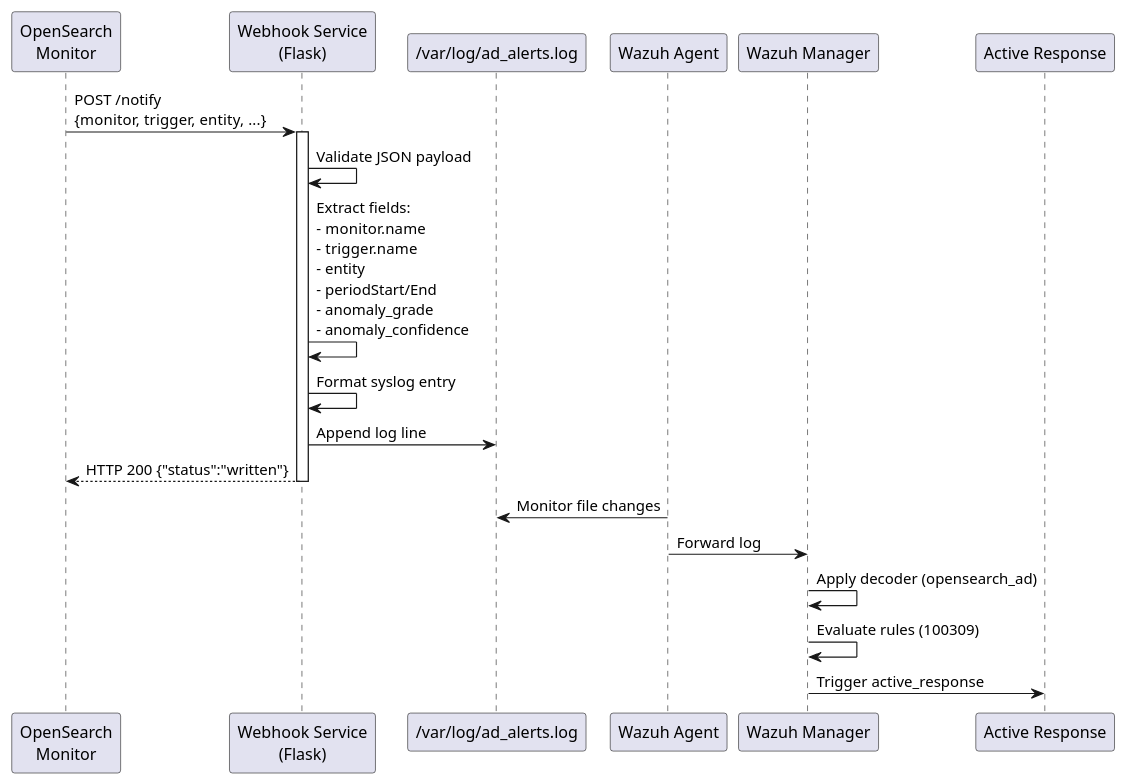
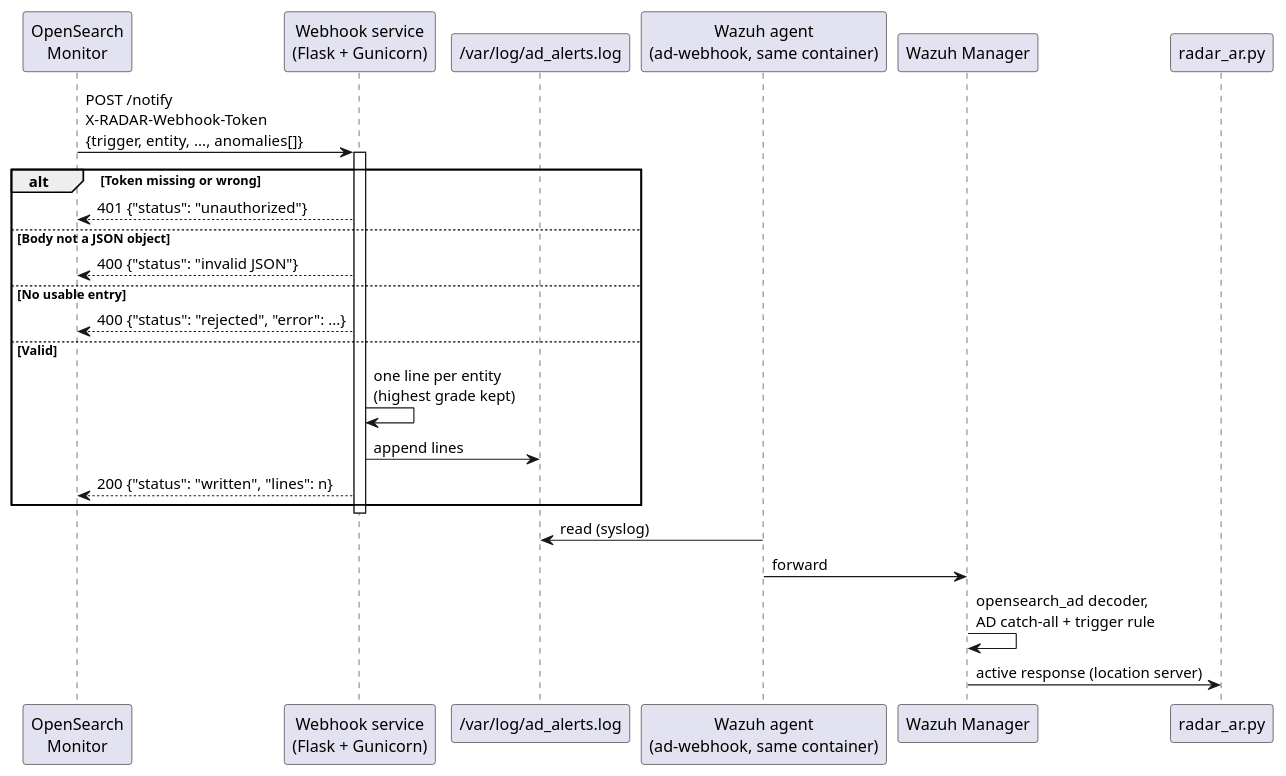
One commit to AbstractionsLab/idps-escape changed the diagram in docs/specs/swd/SWD-035.md. Above: the diagram before and after it, drawn with PlantUML. The commit also changed other lines of this file and 682 other files, not shown here.

````diff
--- a/docs/specs/swd/SWD-035.md
+++ b/docs/specs/swd/SWD-035.md
@@ -30,31 +31,30 @@
 ```plantuml
 @startuml
 participant "OpenSearch\nMonitor" as Monitor
-participant "Webhook Service\n(Flask)" as Webhook
+participant "Webhook service\n(Flask + Gunicorn)" as Webhook
 participant "/var/log/ad_alerts.log" as LogFile
-participant "Wazuh Agent" as Agent
+participant "Wazuh agent\n(ad-webhook, same container)" as Agent
 participant "Wazuh Manager" as Manager
-participant "Active Response" as AR
+participant "radar_ar.py" as AR
 
-Monitor -> Webhook: POST /notify\n{monitor, trigger, entity, ...}
+Monitor -> Webhook: POST /notify\nX-RADAR-Webhook-Token\n{trigger, entity, ..., anomalies[]}
 activate Webhook
-
-Webhook -> Webhook: Validate JSON payload
-Webhook -> Webhook: Extract fields:\n- monitor.name\n- trigger.name\n- entity\n- periodStart/End\n- anomaly_grade\n- anomaly_confidence
-
-Webhook -> Webhook: Format syslog entry
-
-Webhook -> LogFile: Append log line
-
-Webhook --> Monitor: HTTP 200 {"status":"written"}
+alt Token missing or wrong
+  Webhook --> Monitor: 401 {"status": "unauthorized"}
+else Body not a JSON object
+  Webhook --> Monitor: 400 {"status": "invalid JSON"}
+else No usable entry
+  Webhook --> Monitor: 400 {"status": "rejected", "error": ...}
+else Valid
+  Webhook -> Webhook: one line per entity\n(highest grade kept)
+  Webhook -> LogFile: append lines
+  Webhook --> Monitor: 200 {"status": "written", "lines": n}
+end
 deactivate Webhook
 
-Agent -> LogFile: Monitor file changes
-Agent -> Manager: Forward log
-
-Manager -> Manager: Apply decoder (opensearch_ad)
-Manager -> Manager: Evaluate rules (100309)
-
-Manager -> AR: Trigger active_response
+Agent -> LogFile: read (syslog)
+Agent -> Manager: forward
+Manager -> Manager: opensearch_ad decoder,\nAD catch-all + trigger rule
+Manager -> AR: active response (location server)
 @enduml
 ```
````
